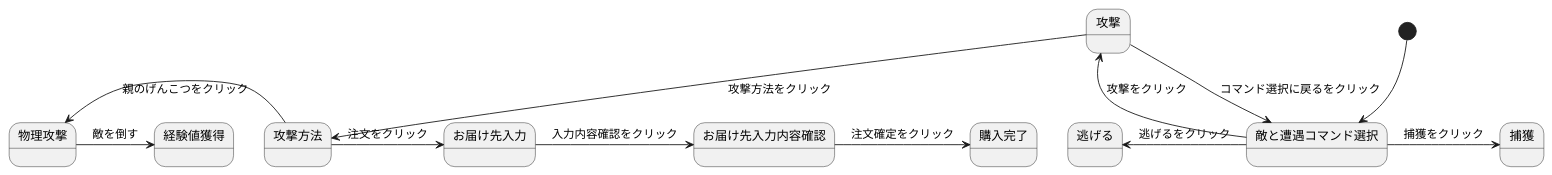
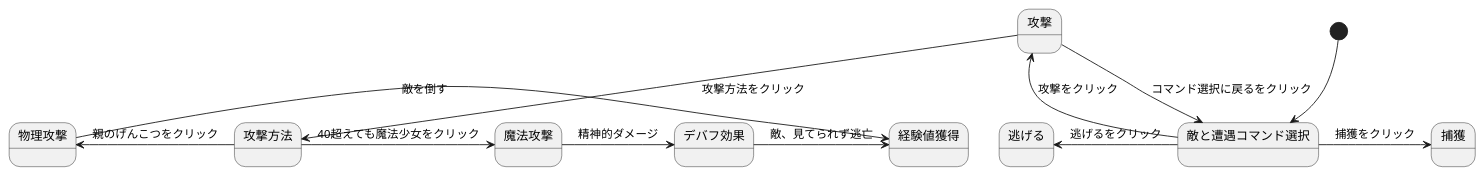
One commit to Aso2001196/2021sys-design changed the diagram in stm01.md. Above: the diagram before and after it, drawn with PlantUML.

````diff
--- a/stm01.md
+++ b/stm01.md
@@ -1,15 +1,15 @@
 ```uml
 @startuml
 [*]--> 敵と遭遇コマンド選択
 敵と遭遇コマンド選択 -> 捕獲 : 捕獲をクリック
 敵と遭遇コマンド選択-left-> 逃げる : 逃げるをクリック
 敵と遭遇コマンド選択--> 攻撃 : 攻撃をクリック
 攻撃 --> 攻撃方法 : 攻撃方法をクリック
 攻撃 --> 敵と遭遇コマンド選択: コマンド選択に戻るをクリック
 攻撃方法 -left-> 物理攻撃 : 親のげんこつをクリック
 物理攻撃 -> 経験値獲得 : 敵を倒す
-攻撃方法 -> お届け先入力 : 注文をクリック
-お届け先入力 -> お届け先入力内容確認 : 入力内容確認をクリック
-お届け先入力内容確認 -> 購入完了 : 注文確定をクリック
+攻撃方法 -> 魔法攻撃 : 40超えても魔法少女をクリック
+魔法攻撃 -> デバフ効果 : 精神的ダメージ
+デバフ効果 -> 経験値獲得 : 敵、見てられず逃亡
 @enduml
 ```
````
